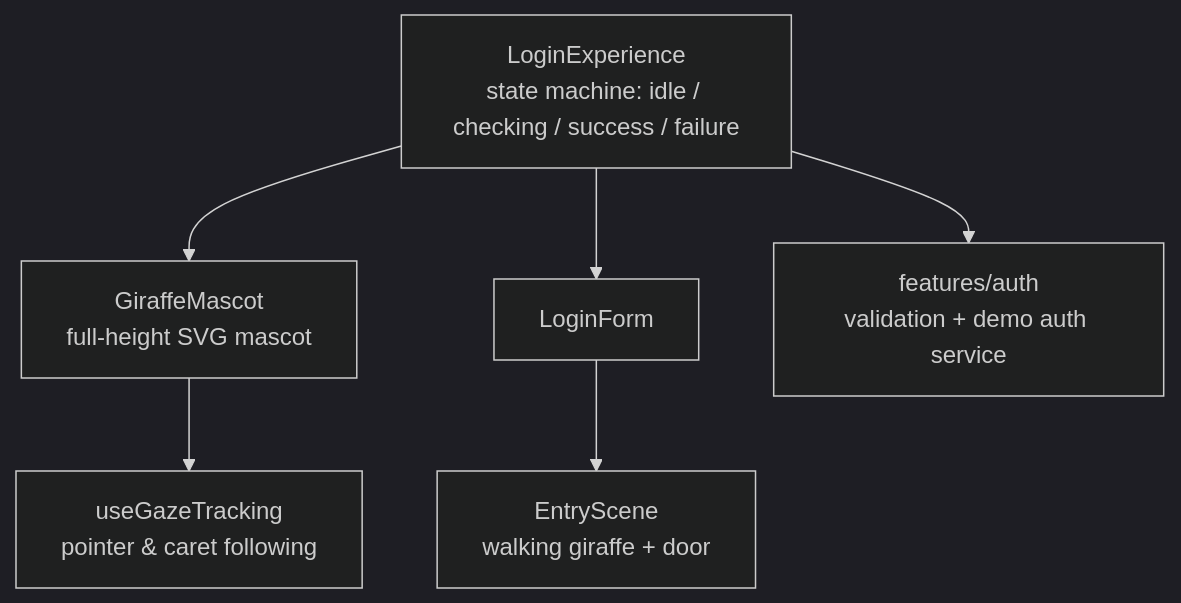
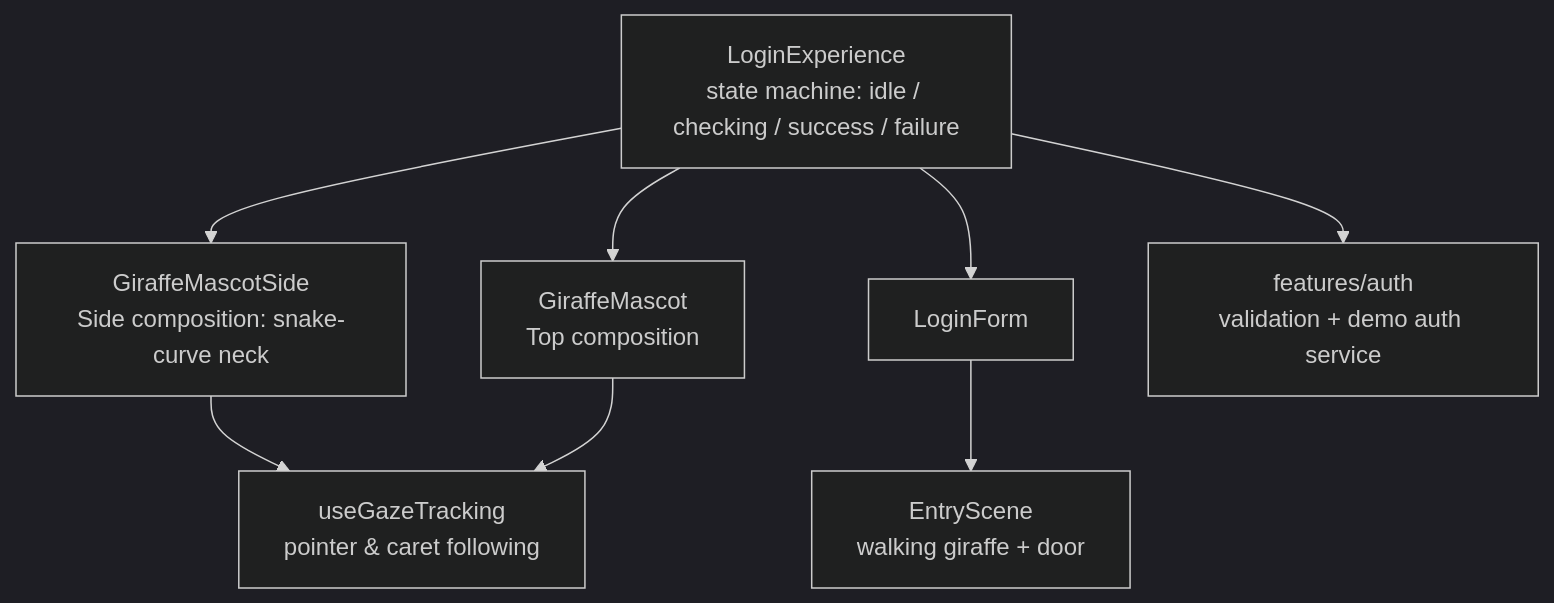
Before and after one commit to sajjad-dehghan/giraffe-login-experience: the diagram in README.md, drawn with Mermaid (dark theme). The commit also changed other lines of this file and 6 other files, not shown here.

First line of the commit message:
feat: side composition with demo switch

````diff
--- a/README.md
+++ b/README.md
@@ -87,13 +92,15 @@
 ```mermaid
 graph TD
 
 A[LoginExperience<br/>state machine: idle / checking / success / failure]
 
-A --> B[GiraffeMascot<br/>full-height SVG mascot]
+A --> B[GiraffeMascot<br/>Top composition]
+A --> B2[GiraffeMascotSide<br/>Side composition: snake-curve neck]
+B2 --> E
 A --> C[LoginForm]
 C --> D[EntryScene<br/>walking giraffe + door]
 
 B --> E[useGazeTracking<br/>pointer & caret following]
 
 A --> F[features/auth<br/>validation + demo auth service]
 ```
````
